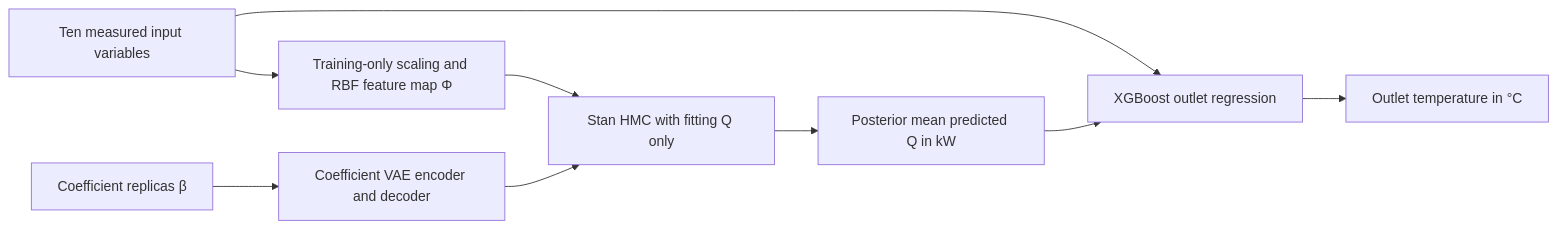
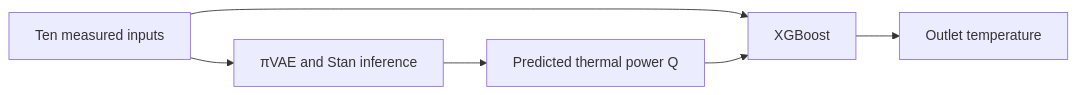
The diagram in README.md (Mr-Espada/bifacial-solar-pivae-xgboost), drawn with Mermaid before and after one commit. The commit also changed other lines of this file and 20 other files, not shown here.

````diff
--- a/README.md
+++ b/README.md
@@ -17,11 +9,8 @@
 ```mermaid
 flowchart LR
-  X[Ten measured input variables] --> F[Training-only scaling and RBF feature map Φ]
-  B[Coefficient replicas β] --> V[Coefficient VAE encoder and decoder]
-  F --> H[Stan HMC with fitting Q only]
-  V --> H
-  H --> Q[Posterior mean predicted Q in kW]
-  X --> T[XGBoost outlet regression]
-  Q --> T
-  T --> O[Outlet temperature in °C]
+    X[Ten measured inputs] --> P[πVAE and Stan inference]
+    P --> Q[Predicted thermal power Q]
+    X --> T[XGBoost]
+    Q --> T
+    T --> O[Outlet temperature]
 ```
````
